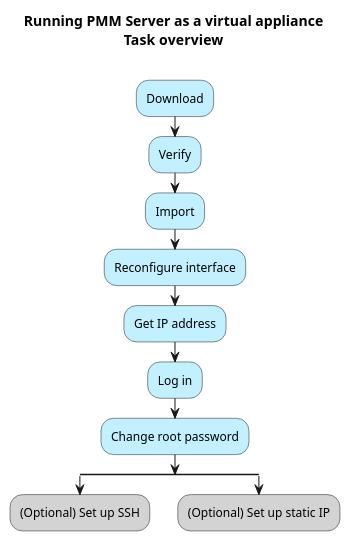
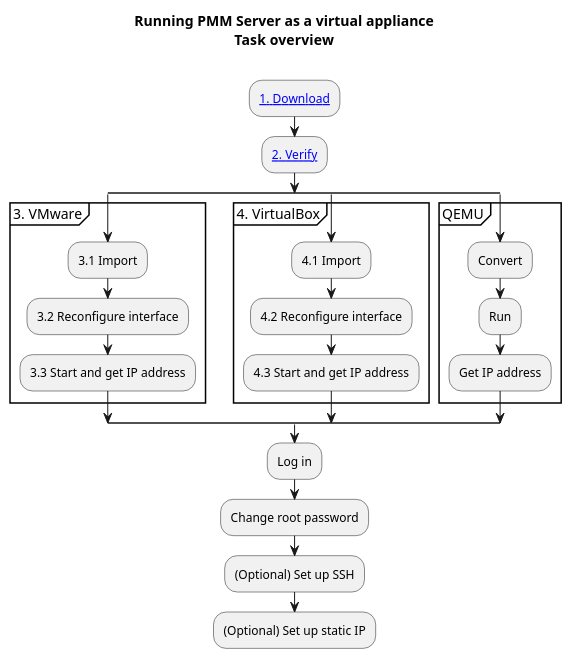
Before and after one commit to percona/pmm-doc: the diagram in _resources/diagrams/Setting-Up_Server_Virtual-Appliance.puml, drawn with PlantUML. The commit also changed 1 other file, not shown here.

```diff
--- a/_resources/diagrams/Setting-Up_Server_Virtual-Appliance.puml
+++ b/_resources/diagrams/Setting-Up_Server_Virtual-Appliance.puml
@@ -7,16 +7,38 @@
 @startuml
 title Running PMM Server as a virtual appliance\nTask overview\n
-#application:Download;
-#application:Verify;
-#application:Import;
-#application:Reconfigure interface;
-#application:Get IP address;
-#application:Log in;
-#application:Change root password;
+
+:[[#1-download 1. Download]];
+:[[#2-verify 2. Verify]];
+
 split
-	#lightgrey:(Optional) Set up SSH;
-kill
+partition "3. VMware" {
+	:3.1 Import;
+	:3.2 Reconfigure interface;
+	:3.3 Start and get IP address;
+}
+
 split again
-	#lightgrey:(Optional) Set up static IP;
-kill
+partition "4. VirtualBox" {
+	:4.1 Import;
+	:4.2 Reconfigure interface;
+	:4.3 Start and get IP address;
+}
+
+split again
+
+partition QEMU {
+:Convert;
+:Run;
+:Get IP address;
+}
+
+
+end split
+
+:Log in;
+:Change root password;
+
+:(Optional) Set up SSH;
+:(Optional) Set up static IP;
+
 @enduml
```
